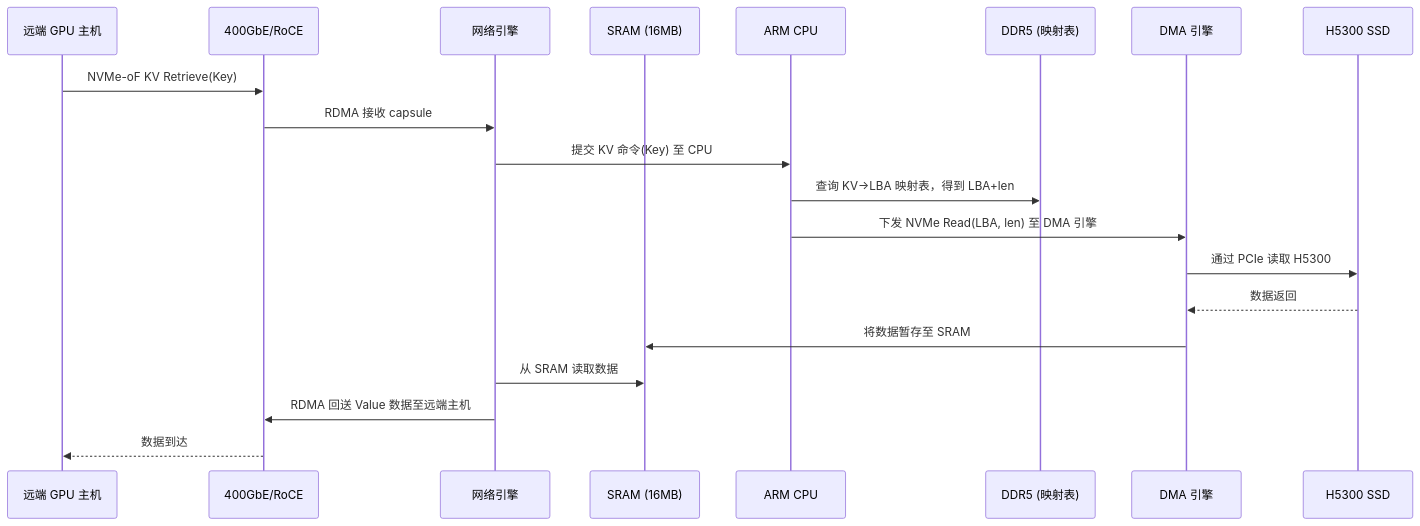
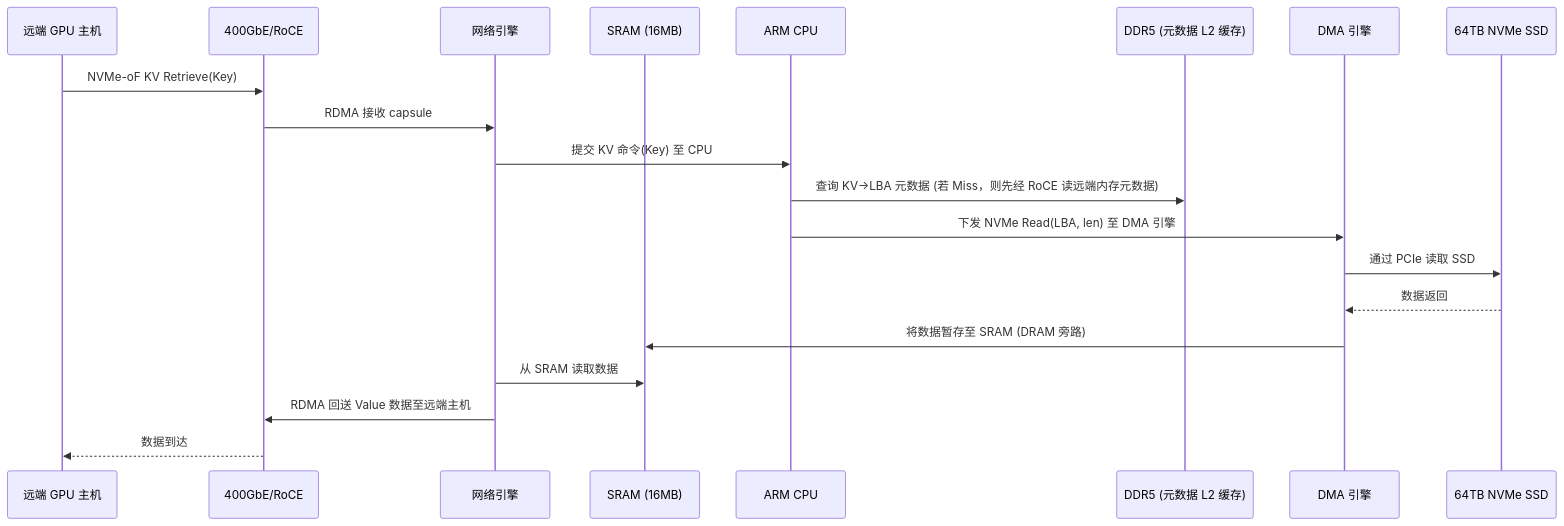
Before and after one commit to tylerqi/dpu-design: the third of 3 diagrams in ai-kv-dpu-design.md, drawn with Mermaid. The commit also changed other lines of this file, not shown here.

````diff
--- a/ai-kv-dpu-design.md
+++ b/ai-kv-dpu-design.md
@@ -79,22 +98,23 @@
 ```mermaid
 sequenceDiagram
     participant Host as 远端 GPU 主机
     participant ETH as 400GbE/RoCE
     participant NET as 网络引擎
     participant SRAM as SRAM (16MB)
     participant CPU as ARM CPU
-    participant DRAM as DDR5 (映射表)
+    participant DRAM as DDR5 (元数据 L2 缓存)
     participant DMA as DMA 引擎
-    participant SSD as H5300 SSD
+    participant SSD as 64TB NVMe SSD
+
     Host->>ETH: NVMe-oF KV Retrieve(Key)
     ETH->>NET: RDMA 接收 capsule
     NET->>CPU: 提交 KV 命令(Key) 至 CPU
-    CPU->>DRAM: 查询 KV→LBA 映射表，得到 LBA+len
+    CPU->>DRAM: 查询 KV→LBA 元数据 (若 Miss，则先经 RoCE 读远端内存元数据)
     CPU->>DMA: 下发 NVMe Read(LBA, len) 至 DMA 引擎
-    DMA->>SSD: 通过 PCIe 读取 H5300
+    DMA->>SSD: 通过 PCIe 读取 SSD
     SSD-->>DMA: 数据返回
-    DMA->>SRAM: 将数据暂存至 SRAM
+    DMA->>SRAM: 将数据暂存至 SRAM (DRAM 旁路)
     NET->>SRAM: 从 SRAM 读取数据
     NET->>ETH: RDMA 回送 Value 数据至远端主机
     ETH-->>Host: 数据到达
 ```
````
